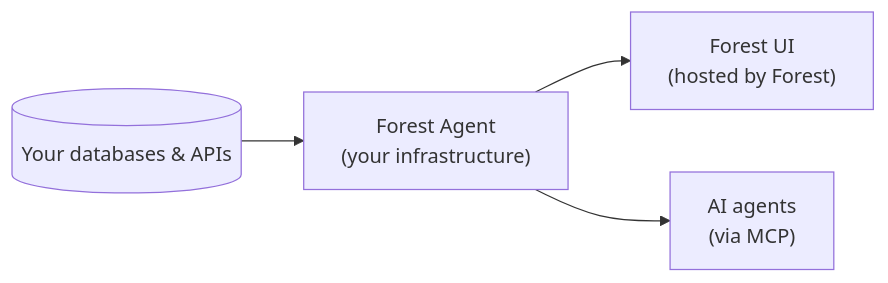
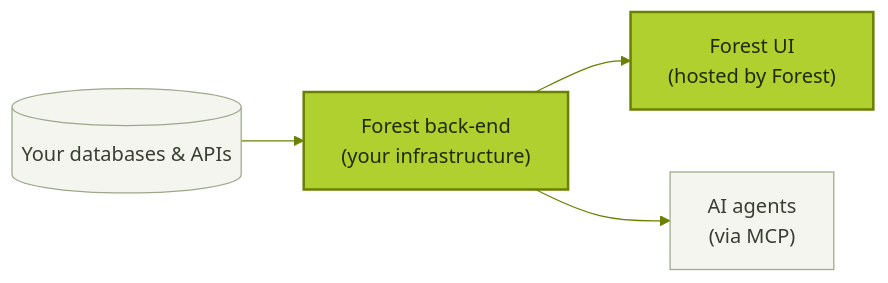
Before and after one commit to ForestAdmin/docs: the diagram in get-started/intro-to-forest-admin.mdx, drawn with Mermaid. The commit also changed other lines of this file and 60 other files, not shown here.

First line of the commit message:
docs: Get Started refresh + "Forest back-end" terminology + diagram drafts

````diff
--- a/get-started/intro-to-forest-admin.mdx
+++ b/get-started/intro-to-forest-admin.mdx
@@ -14,11 +16,23 @@
 ```mermaid
+%%{init: {'theme':'base', 'themeVariables': {
+  'primaryColor':'#B0D030',
+  'primaryBorderColor':'#698000',
+  'primaryTextColor':'#1F2A00',
+  'lineColor':'#698000',
+  'fontFamily':'Inter, system-ui, sans-serif'
+}}}%%
 graph LR
     DB[("Your databases & APIs")]
-    Agent["Forest Agent<br/>(your infrastructure)"]
+    Backend["Forest back-end<br/>(your infrastructure)"]
     UI["Forest UI<br/>(hosted by Forest)"]
     MCP["AI agents<br/>(via MCP)"]
 
-    DB --> Agent
-    Agent --> UI
-    Agent --> MCP
+    DB --> Backend
+    Backend --> UI
+    Backend --> MCP
+
+    classDef forest fill:#B0D030,stroke:#698000,stroke-width:2px,color:#1F2A00;
+    classDef external fill:#F4F5EE,stroke:#9CA88A,stroke-width:1px,color:#3A3F33;
+    class Backend,UI forest;
+    class DB,MCP external;
 ```
````
